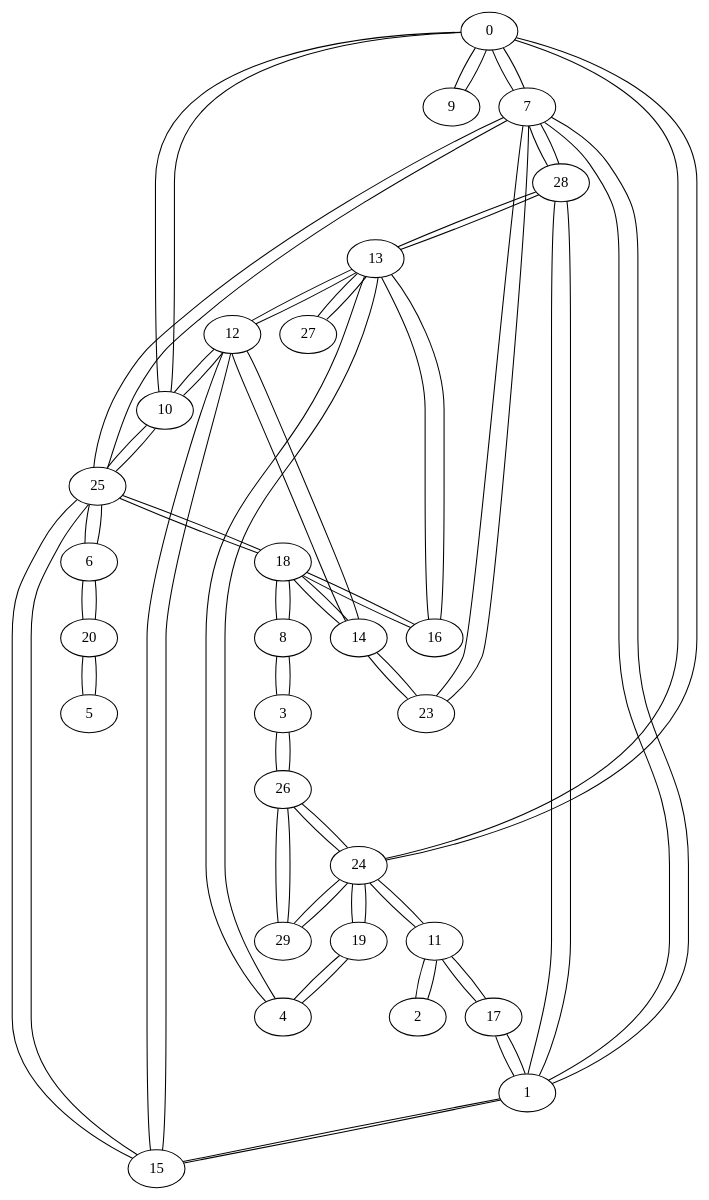
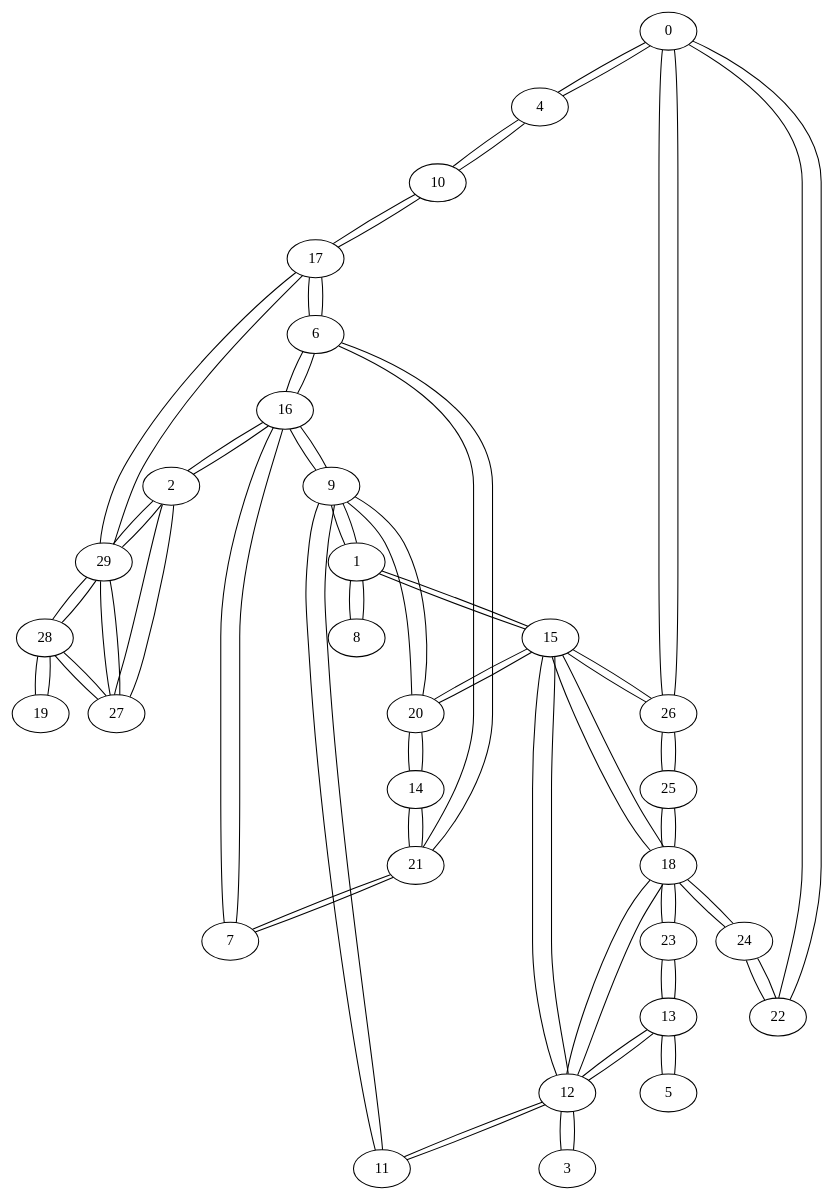
Before and after one commit to GusRojas/Grafos2DAA_A24: the diagram in grafo_geo30.gv, drawn with Graphviz. The commit also changed 14 other files, not shown here.

```diff
--- a/grafo_geo30.gv
+++ b/grafo_geo30.gv
@@ -1,80 +1,84 @@
 graph {
-  0 -- 7;
-  0 -- 9;
-  0 -- 10;
-  0 -- 24;
-  7 -- 0;
-  7 -- 1;
-  7 -- 23;
-  7 -- 25;
-  7 -- 28;
-  9 -- 0;
-  10 -- 0;
-  10 -- 12;
-  10 -- 25;
-  24 -- 0;
-  24 -- 11;
-  24 -- 19;
-  24 -- 26;
-  24 -- 29;
-  1 -- 7;
+  0 -- 4;
+  0 -- 22;
+  0 -- 26;
+  4 -- 0;
+  4 -- 10;
+  22 -- 0;
+  22 -- 24;
+  26 -- 0;
+  26 -- 15;
+  26 -- 25;
+  1 -- 8;
+  1 -- 9;
   1 -- 15;
-  1 -- 17;
-  1 -- 28;
+  8 -- 1;
+  9 -- 1;
+  9 -- 11;
+  9 -- 16;
+  9 -- 20;
   15 -- 1;
   15 -- 12;
-  15 -- 25;
-  17 -- 1;
-  17 -- 11;
-  28 -- 1;
-  28 -- 7;
-  28 -- 13;
-  2 -- 11;
-  11 -- 2;
-  11 -- 17;
-  11 -- 24;
-  3 -- 8;
-  3 -- 26;
-  8 -- 3;
-  8 -- 18;
-  26 -- 3;
-  26 -- 24;
-  26 -- 29;
-  4 -- 13;
-  4 -- 19;
-  13 -- 4;
+  15 -- 18;
+  15 -- 20;
+  15 -- 26;
+  2 -- 16;
+  2 -- 27;
+  2 -- 29;
+  16 -- 2;
+  16 -- 6;
+  16 -- 7;
+  16 -- 9;
+  27 -- 2;
+  27 -- 28;
+  27 -- 29;
+  29 -- 2;
+  29 -- 17;
+  29 -- 27;
+  29 -- 28;
+  3 -- 12;
+  12 -- 3;
+  12 -- 11;
+  12 -- 13;
+  12 -- 15;
+  12 -- 18;
+  10 -- 4;
+  10 -- 17;
+  5 -- 13;
+  13 -- 5;
   13 -- 12;
-  13 -- 16;
-  13 -- 27;
-  13 -- 28;
-  19 -- 4;
-  19 -- 24;
-  5 -- 20;
-  20 -- 5;
-  20 -- 6;
-  6 -- 20;
-  6 -- 25;
-  25 -- 6;
-  25 -- 7;
-  25 -- 10;
-  25 -- 15;
+  13 -- 23;
+  6 -- 16;
+  6 -- 17;
+  6 -- 21;
+  17 -- 6;
+  17 -- 10;
+  17 -- 29;
+  21 -- 6;
+  21 -- 7;
+  21 -- 14;
+  7 -- 16;
+  7 -- 21;
+  11 -- 9;
+  11 -- 12;
+  20 -- 9;
+  20 -- 14;
+  20 -- 15;
+  18 -- 12;
+  18 -- 15;
+  18 -- 23;
+  18 -- 24;
+  18 -- 25;
+  23 -- 13;
+  23 -- 18;
+  14 -- 20;
+  14 -- 21;
+  24 -- 18;
+  24 -- 22;
   25 -- 18;
-  23 -- 7;
-  23 -- 14;
-  18 -- 8;
-  18 -- 14;
-  18 -- 16;
-  18 -- 25;
-  12 -- 10;
-  12 -- 13;
-  12 -- 14;
-  12 -- 15;
-  14 -- 12;
-  14 -- 18;
-  14 -- 23;
-  16 -- 13;
-  16 -- 18;
-  27 -- 13;
-  29 -- 24;
-  29 -- 26;
+  25 -- 26;
+  19 -- 28;
+  28 -- 19;
+  28 -- 27;
+  28 -- 29;
 }
```
